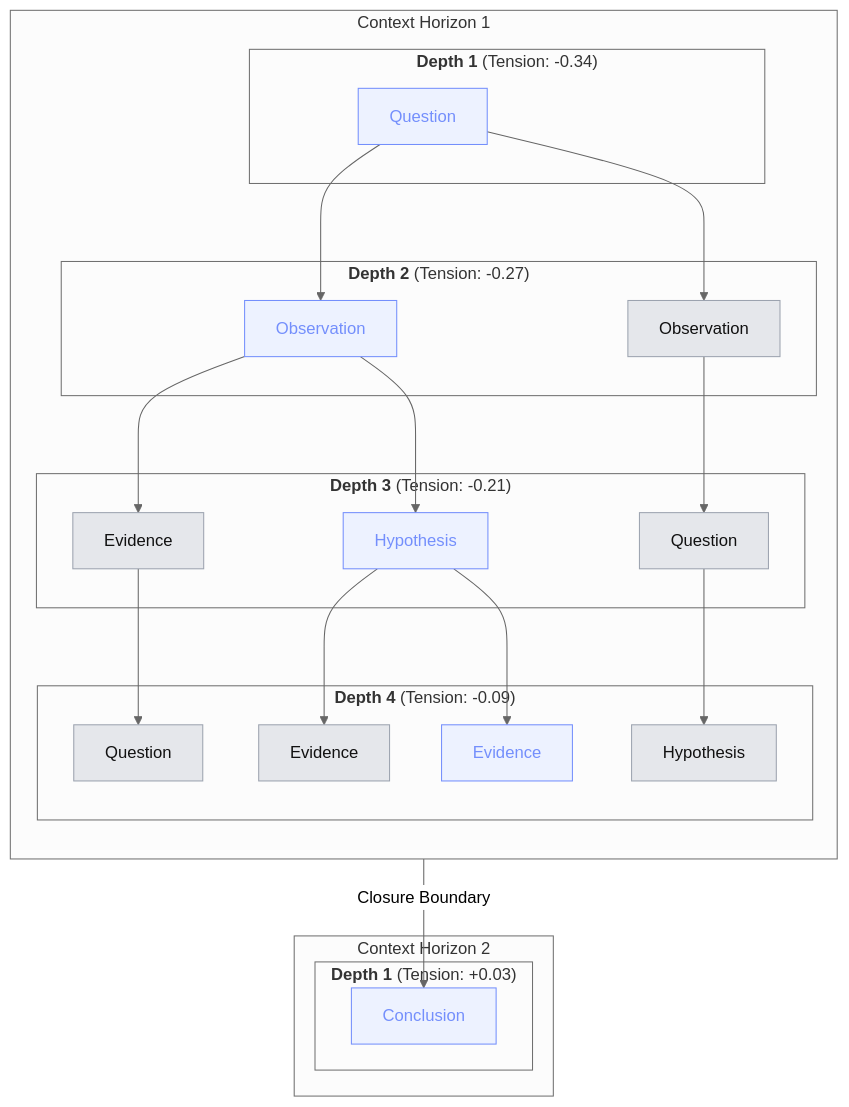
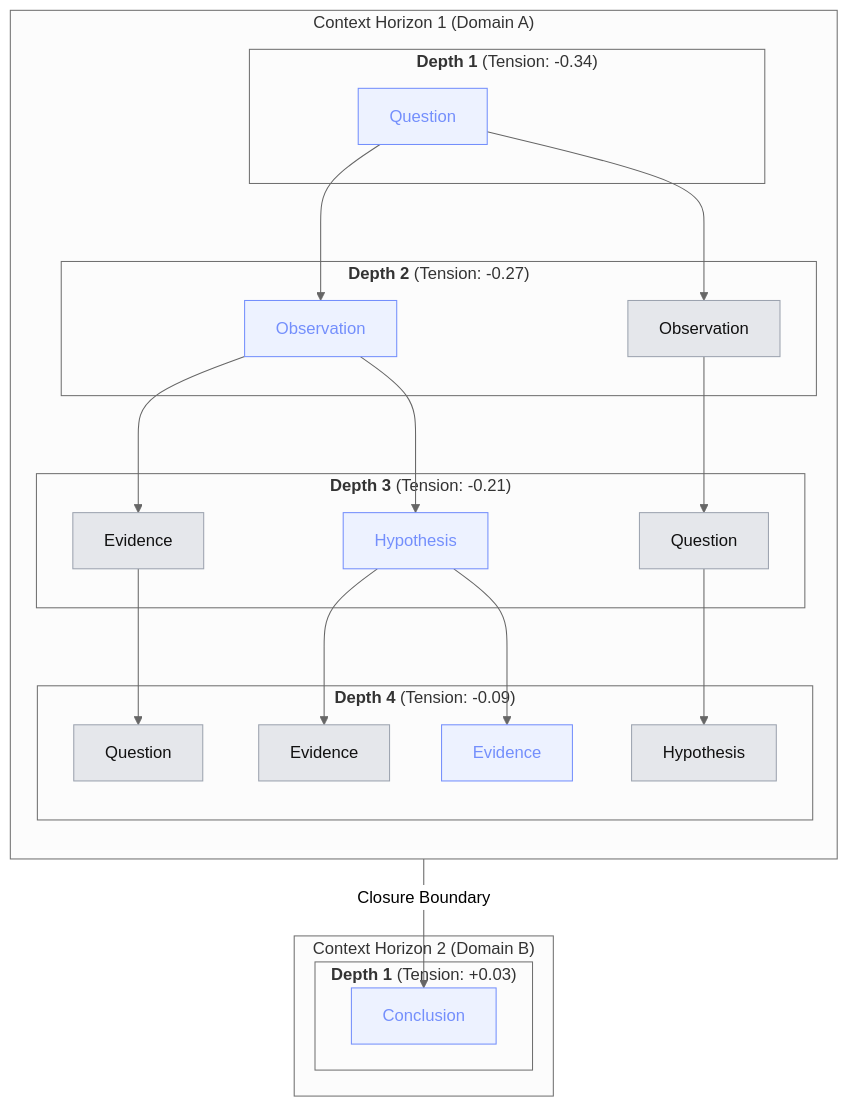
Before and after one commit to clairemira/miranova: the second of 12 diagrams in content/commons.mdx, drawn with Mermaid. The commit also changed other lines of this file and 5 other files, not shown here.

````diff
--- a/content/commons.mdx
+++ b/content/commons.mdx
@@ -304,61 +304,61 @@
 ```mermaid
 ---
 config:
   flowchart:
     curve: basis
   theme: neutral
 ---
 graph TD
 
-  subgraph CH1["Context Horizon 1"]
+  subgraph CH1["Context Horizon 1 (Domain A)"]
     direction TB
 
     subgraph D0["<strong>Depth 1</strong> (Tension: -0.34)"]
       A["Question"]
     end
 
     subgraph D1["<strong>Depth 2</strong> (Tension: -0.27)"]
       B["Observation"]
       C["Observation"]
     end
 
     subgraph D2["<strong>Depth 3</strong> (Tension: -0.21)"]
       D["Evidence"]
       E["Hypothesis"]
       F["Question"]
     end
 
     subgraph D3["<strong>Depth 4</strong> (Tension: -0.09)"]
       G["Question"]
       H["Evidence"]
       I["Evidence"]
       J["Hypothesis"]
     end
 
     A --> B
     A --> C
 
     B --> D
     B --> E
     C --> F
 
     D --> G
     E --> H
     E --> I
     F --> J
   end
 
-  subgraph CH2["Context Horizon 2"]
+  subgraph CH2["Context Horizon 2 (Domain B)"]
     subgraph D4["<strong>Depth 1</strong> (Tension: +0.03)"]
       K["Conclusion"]
     end
   end
 
   I -->|"Closure Boundary"| K
 
   class A,B,E,I,K longestPath
   class D,F,G,H,J,C otherNode
 
   classDef longestPath fill:#edf2ff,stroke:#748ffc,color:#748ffc
   classDef otherNode fill:#e5e7eb,stroke:#9ca3af,color:#111
 ```
````
